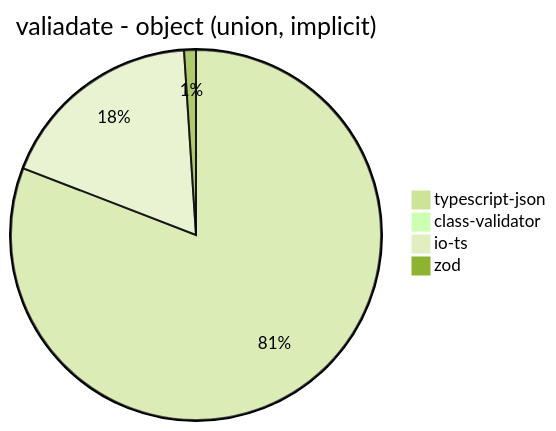
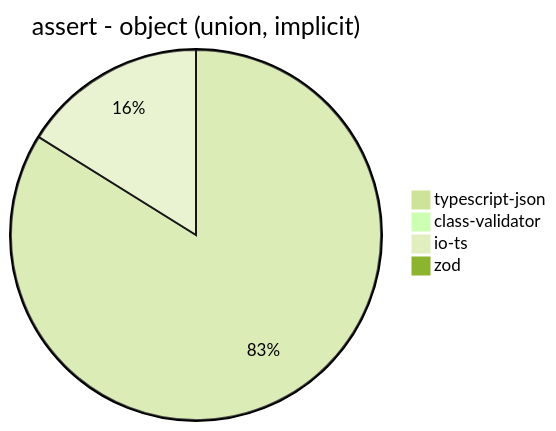
Diagram 12 of 40 in benchmark/results/AMD Ryzen 7 5800H with Radeon Graphics.md (samchon/typia), drawn with Mermaid (forest theme) before and after one commit. The commit also changed other lines of this file and 4 other files, not shown here.

````diff
--- a/benchmark/results/AMD Ryzen 7 5800H with Radeon Graphics.md
+++ b/benchmark/results/AMD Ryzen 7 5800H with Radeon Graphics.md
@@ -145,7 +145,7 @@
 ```mermaid
-pie title valiadate - object (union, implicit)
-  "typescript-json": 4099.184043517679
-  "class-validator": 16.58255227108868
-  "io-ts": 917.4766183752063
-  "zod": 52.360830424398316
+pie title assert - object (union, implicit)
+  "typescript-json": 4664.796380090497
+  "class-validator": 17.299107142857142
+  "io-ts": 897.3980439195424
+  "zod": 53.044452745610755
 ```
````
